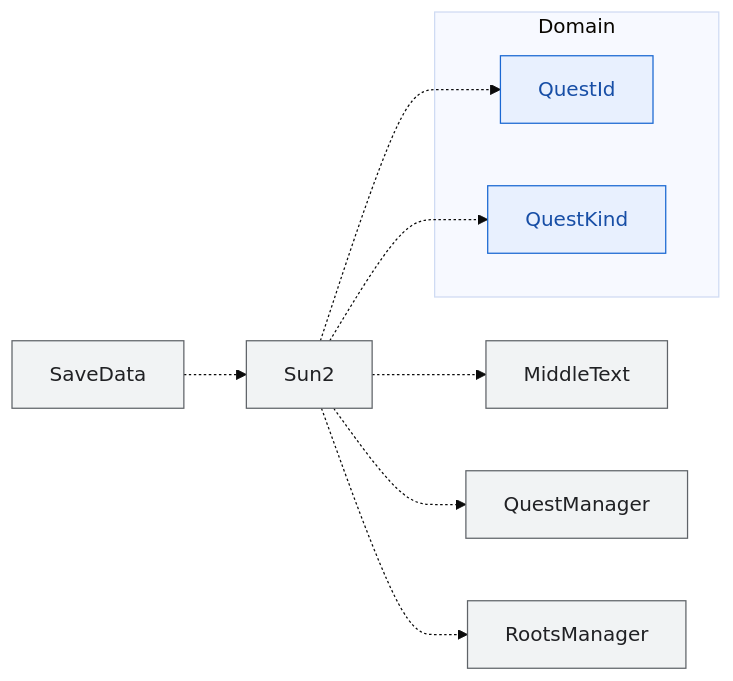
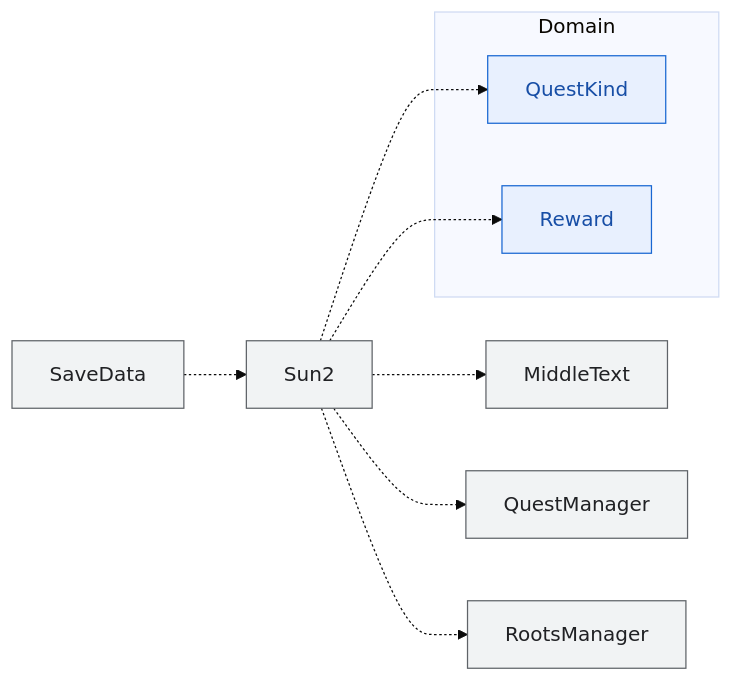
Before and after one commit to hukahirame/memorial-frontland: the diagram in docs/dependencies-diagrams/day.md, drawn with Mermaid (base theme). The commit also changed 14 other files, not shown here.

````diff
--- a/docs/dependencies-diagrams/day.md
+++ b/docs/dependencies-diagrams/day.md
@@ -12,23 +12,23 @@
 ```mermaid
 graph LR
   subgraph Domain
-    QuestId
     QuestKind
+    Reward
   end
   MiddleText
   QuestManager
   RootsManager
   SaveData
   Sun2
   SaveData -.-> Sun2
   Sun2 -.-> MiddleText
-  Sun2 -.-> QuestId
   Sun2 -.-> QuestKind
   Sun2 -.-> QuestManager
+  Sun2 -.-> Reward
   Sun2 -.-> RootsManager
   classDef domain fill:#e8f0fe,stroke:#1967d2,color:#174ea6;
   classDef game   fill:#fef7e0,stroke:#b06000,color:#8a5300;
   classDef legacy fill:#f1f3f4,stroke:#5f6368,color:#202124;
-  class QuestId,QuestKind domain;
+  class QuestKind,Reward domain;
   class MiddleText,QuestManager,RootsManager,SaveData,Sun2 legacy;
 ```
````
